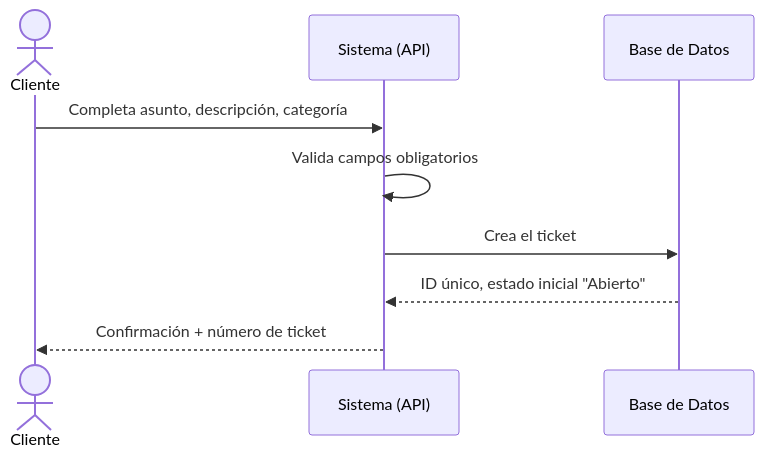
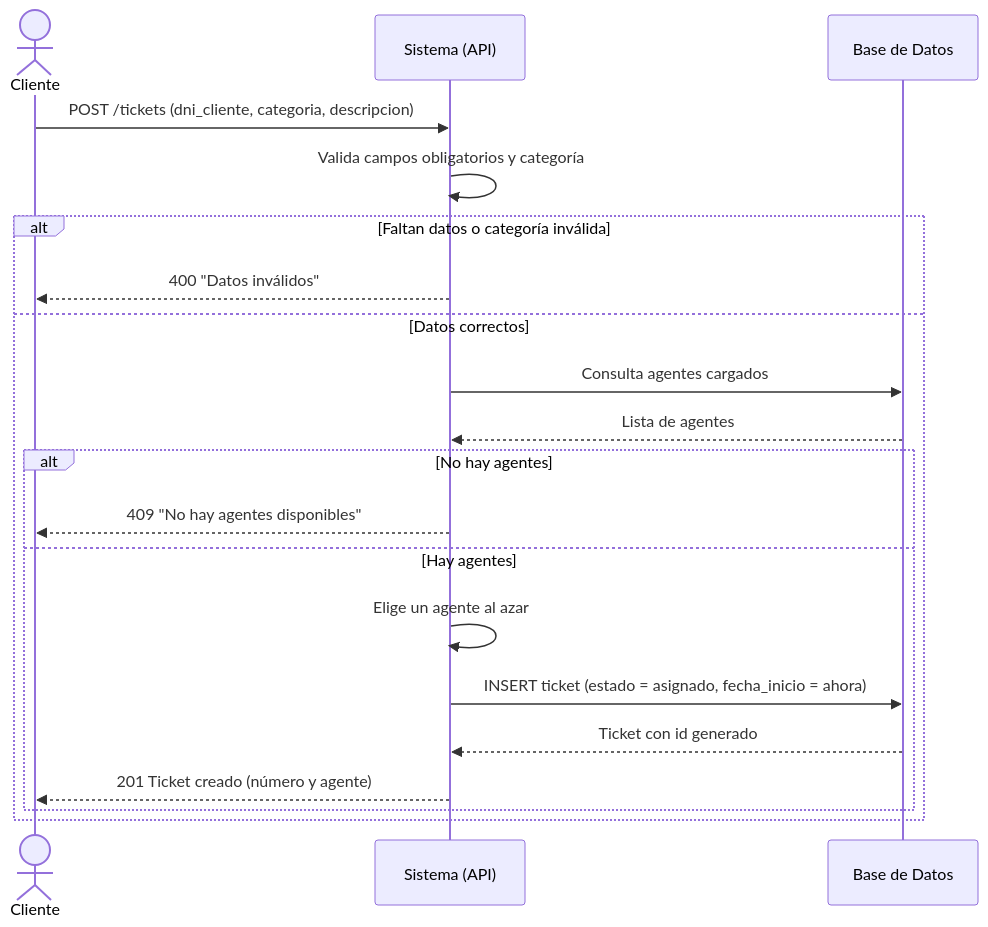
The first of 4 diagrams in documentacion/14_diagrama_secuencias.md (lucho-peralta/gestionTickets), drawn with Mermaid before and after one commit. The commit also changed other lines of this file and 32 other files, not shown here.

````diff
--- a/documentacion/14_diagrama_secuencias.md
+++ b/documentacion/14_diagrama_secuencias.md
@@ -3,11 +9,23 @@
 ```mermaid
 sequenceDiagram
-actor Cliente
-participant Sistema as Sistema (API)
-participant BD as Base de Datos
-Cliente->>Sistema: Completa asunto, descripción, categoría
-Sistema->>Sistema: Valida campos obligatorios
-Sistema->>BD: Crea el ticket
-BD-->>Sistema: ID único, estado inicial "Abierto"
-Sistema-->>Cliente: Confirmación + número de ticket
+    actor Cliente
+    participant API as Sistema (API)
+    participant BD as Base de Datos
+
+    Cliente->>API: POST /tickets (dni_cliente, categoria, descripcion)
+    API->>API: Valida campos obligatorios y categoría
+    alt Faltan datos o categoría inválida
+        API-->>Cliente: 400 "Datos inválidos"
+    else Datos correctos
+        API->>BD: Consulta agentes cargados
+        BD-->>API: Lista de agentes
+        alt No hay agentes
+            API-->>Cliente: 409 "No hay agentes disponibles"
+        else Hay agentes
+            API->>API: Elige un agente al azar
+            API->>BD: INSERT ticket (estado = asignado, fecha_inicio = ahora)
+            BD-->>API: Ticket con id generado
+            API-->>Cliente: 201 Ticket creado (número y agente)
+        end
+    end
 ```
````
